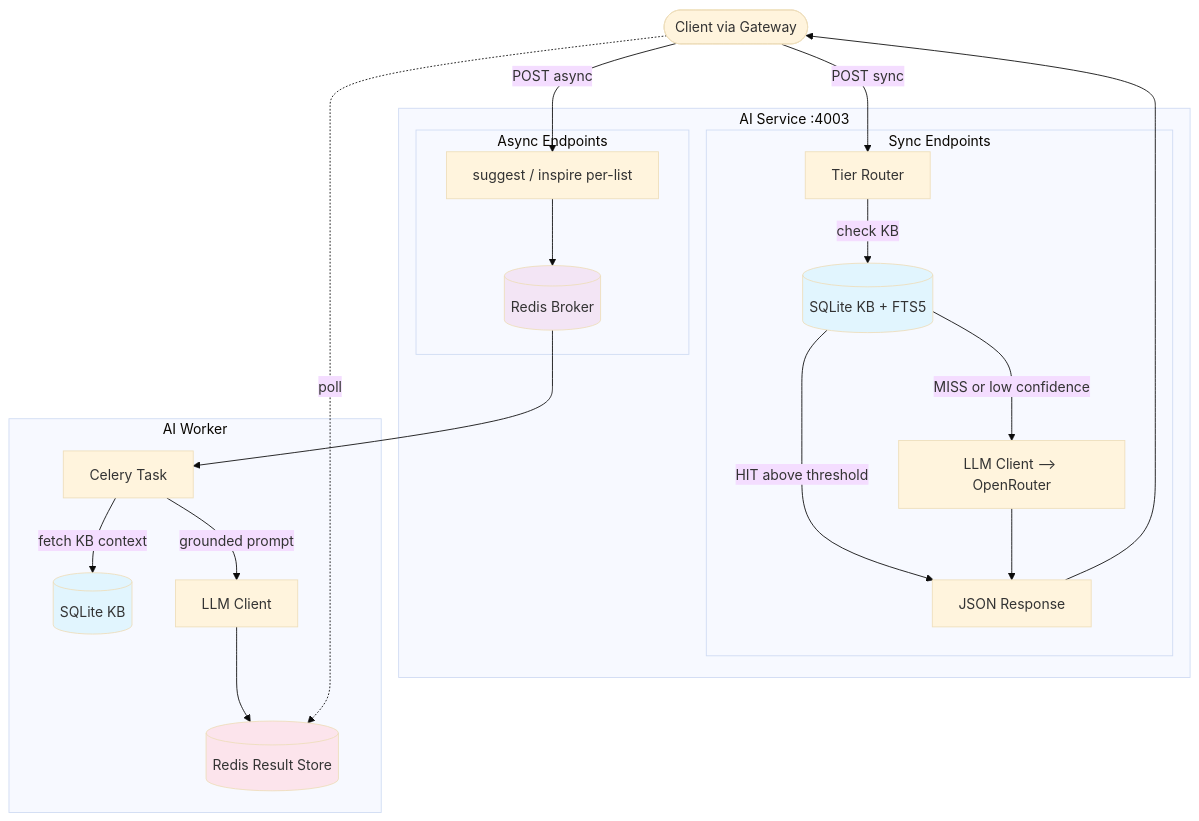
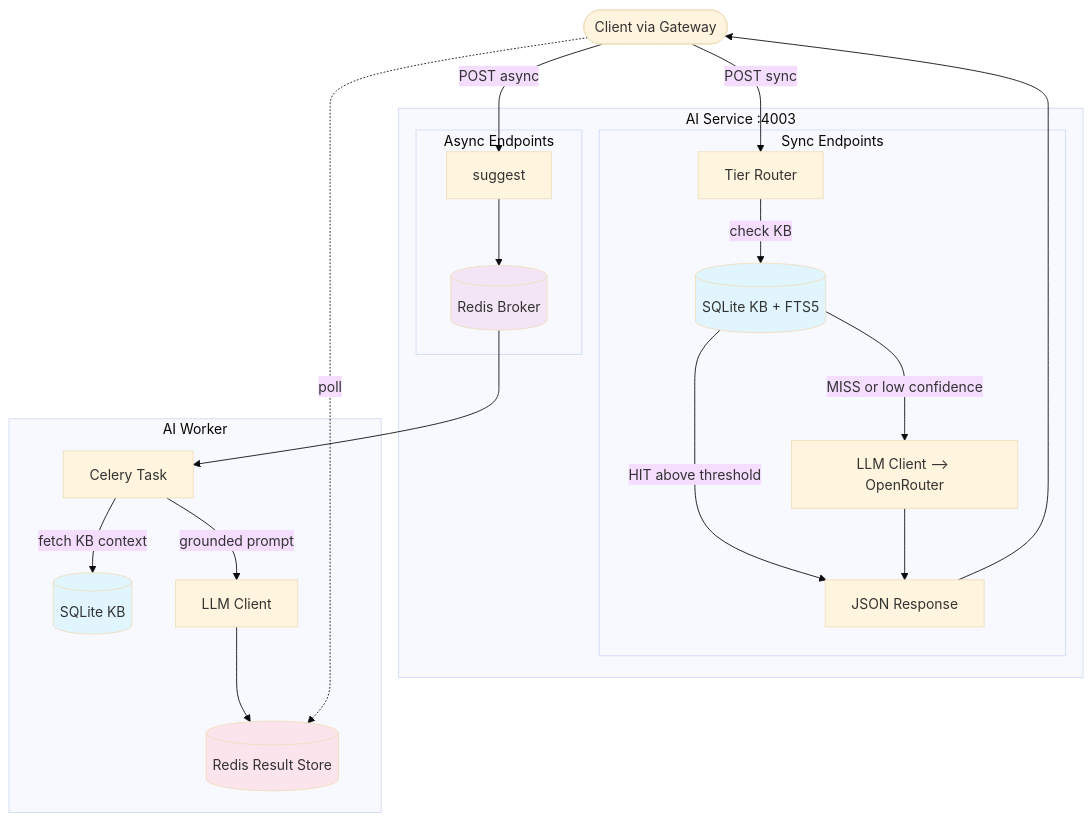
Before and after one commit to iDako7/SmartGroceryAssistant: the second of 3 diagrams in services/ai-service/docs_AI_service/phased_plan.md, drawn with Mermaid (base theme). The commit also changed other lines of this file and 2 other files, not shown here.

Commit message:
docs: drop per-list inspire from roadmap, move to future considerations

````diff
--- a/services/ai-service/docs_AI_service/phased_plan.md
+++ b/services/ai-service/docs_AI_service/phased_plan.md
@@ -184,47 +190,47 @@
 ```mermaid
 graph TD
     Client([Client via Gateway])
 
     subgraph AIService[AI Service :4003]
         subgraph SyncFlow[Sync Endpoints]
             Router[Tier Router]
             KB[(SQLite KB + FTS5)]
             LLM[LLM Client --> OpenRouter]
             Response[JSON Response]
 
             Router -->|check KB| KB
             KB -->|HIT above threshold| Response
             KB -->|MISS or low confidence| LLM
             LLM --> Response
         end
 
         subgraph AsyncFlow[Async Endpoints]
-            AsyncRoutes[suggest / inspire per-list]
+            AsyncRoutes[suggest]
             CeleryBroker[(Redis Broker)]
             AsyncRoutes --> CeleryBroker
         end
     end
 
     subgraph Worker[AI Worker]
         CeleryTask[Celery Task]
         WorkerKB[(SQLite KB)]
         WorkerLLM[LLM Client]
         ResultStore[(Redis Result Store)]
 
         CeleryTask -->|fetch KB context| WorkerKB
         CeleryTask -->|grounded prompt| WorkerLLM
         WorkerLLM --> ResultStore
     end
 
     CeleryBroker --> CeleryTask
 
     Client -->|POST sync| Router
     Response --> Client
     Client -->|POST async| AsyncRoutes
     Client -.->|poll| ResultStore
 
     style KB fill:#e1f5fe
     style WorkerKB fill:#e1f5fe
     style CeleryBroker fill:#f3e5f5
     style ResultStore fill:#fce4ec
 ```
````
